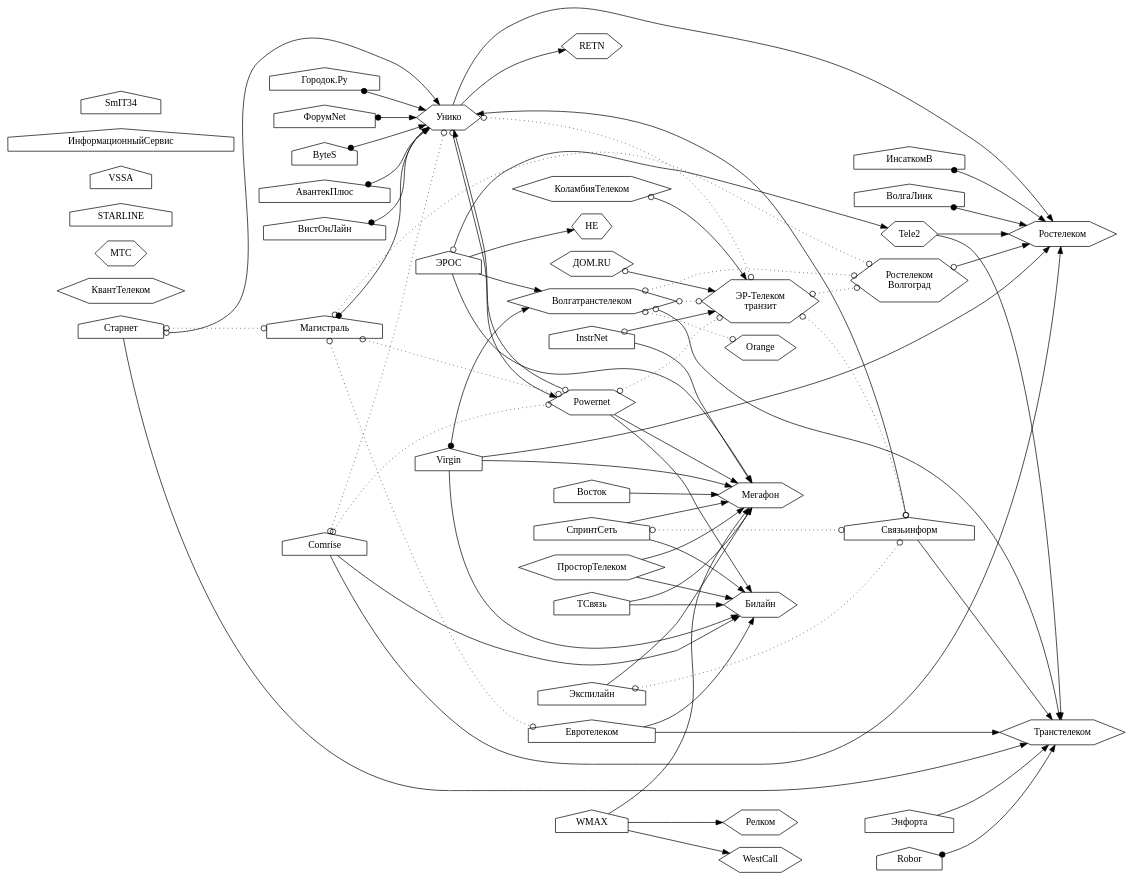
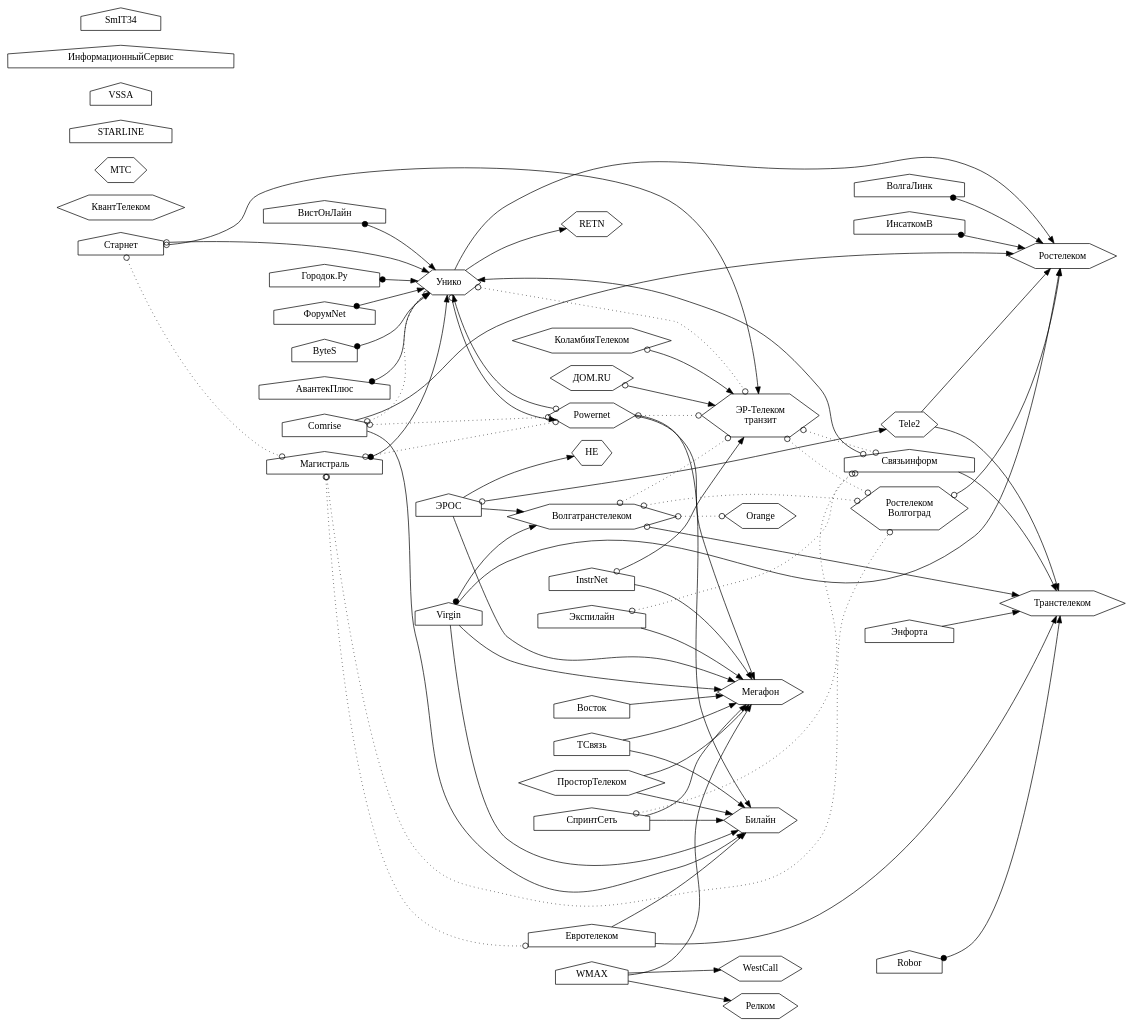
The diagram in static/links/links.dot (Urlandi/elsv-v.ru), drawn with Graphviz before and after one commit. The commit also changed 5 other files, not shown here.

```diff
--- a/static/links/links.dot
+++ b/static/links/links.dot
@@ -1,168 +1,167 @@
 digraph ispgraph {
 
 rankdir = LR;
 node [shape=house;];
 
 Унико, ДомРу, ЭрТелеком, Транстелеком, Волгатранстелеком, Релком [shape=hexagon;];
 Мегафон, Вымпелком, КоламбияТелеком, Ростелеком, HE, КвантТелеком [shape=hexagon;];
 Tele2, МТС, ЮТК, Orange, ПросторТелеком, WestCall, Powernet, RETN [shape=hexagon;];
 
 ДомРу [label="ДОМ.RU"];
 ЭрТелеком [label="ЭР-Телеком\nтранзит"];
 ЮТК [label="Ростелеком\nВолгоград"];
 Вымпелком [label="Билайн"];
 ГородокТочкаРу [label="Городок.Ру"];
 
 subgraph backbone {/*Собственная опорная сеть*/
 Транстелеком;
 Мегафон;
 Вымпелком;
 Ростелеком;
 HE;
 МТС;
 Orange;
 ЭрТелеком;
 WestCall;
 };
 
 subgraph Ростелеком {/*Провайдеры члены Ростелеком*/
 Ростелеком;
 ЮТК;
 };
 
 subgraph ЭрТелекомХолдинг {/*ЭР-Телеком*/
 ДомРу;
 ЭрТелеком;
 КоламбияТелеком;
 };
 
 {/*Отсутствует информация о подключении*/
 STARLINE;
 VSSA;
 ИнформационныйСервис;
 КвантТелеком;
 SmIT34;
 };
 
 
 {/*Магистральные связи*/
 
 Связьинформ -> Транстелеком;
 
 Tele2 -> Ростелеком;
 Tele2 -> Транстелеком;
 
 СпринтСеть -> Вымпелком;
 СпринтСеть -> Мегафон;
 
-Старнет -> Транстелеком;
-
 Экспилайн -> Мегафон;
 
 ЭРОС -> Волгатранстелеком;
 ЭРОС -> HE;
 ЭРОС -> Мегафон;
 
 Comrise -> Ростелеком;
 Comrise -> Вымпелком;
 
 Powernet -> Мегафон;
 Powernet -> Вымпелком;
 
 Евротелеком -> Транстелеком;
 Евротелеком -> Вымпелком;
 
 Virgin -> Вымпелком;
 Virgin -> Мегафон;
 Virgin -> Ростелеком;
 
 Унико -> Ростелеком;
 Унико -> RETN;
 
 Энфорта -> Транстелеком;
 
 ПросторТелеком -> Вымпелком;
 ПросторТелеком -> Мегафон;
 
 WMAX -> Мегафон;
 WMAX -> WestCall;
 WMAX -> Релком;
 
 InstrNet -> Мегафон;
 
 ТСвязь -> Мегафон;
 ТСвязь -> Вымпелком;
 
 Восток -> Мегафон;
 
 {/*Пиринг с магистральным оператором*/
 edge [dir=both; arrowtail=odot;];
 
 Связьинформ -> Унико;
 
 Старнет -> Унико;
+Старнет -> ЭрТелеком;
 
 ЭРОС -> Tele2;
 
 Powernet -> Унико;
 Унико -> Powernet;
 
 ЮТК -> Ростелеком;
 
 Волгатранстелеком -> Транстелеком;
 
 ДомРу -> ЭрТелеком;
 КоламбияТелеком -> ЭрТелеком;
 
 InstrNet -> ЭрТелеком;
 
 };
 
 {/*Маршрутизация на оборудовании магистрального оператора*/
 edge [dir=both; arrowtail=dot;];
 
 ВолгаЛинк -> Ростелеком;
 ИнсаткомВ -> Ростелеком;
 Магистраль -> Унико;
 ГородокТочкаРу -> Унико;
 ФорумNet -> Унико;
 ByteS -> Унико;
 АвантекПлюс -> Унико;
 Robor -> Транстелеком;
 Virgin -> Волгатранстелеком;
 ВистОнЛайн -> Унико;
 };
 
 };
 
 {/*Пиринг*/
 
 edge [dir=both; arrowhead=odot; arrowtail=odot; style=dotted;];
 
 СпринтСеть -> Связьинформ;
 
 Старнет -> Магистраль;
 
 Экспилайн -> Связьинформ;
 
 Comrise -> Унико;
 Comrise -> Powernet;
 
 Powernet -> ЭрТелеком;
 
 Магистраль -> Powernet;
 Магистраль -> ЮТК;
 Магистраль -> Евротелеком;
 
 Унико -> ЭрТелеком;
 
 Волгатранстелеком -> ЮТК;
 Волгатранстелеком -> ЭрТелеком;
 Волгатранстелеком -> Orange;
 
 ЭрТелеком -> ЮТК;
 ЭрТелеком -> Связьинформ;
 
 };
 
 }
```
